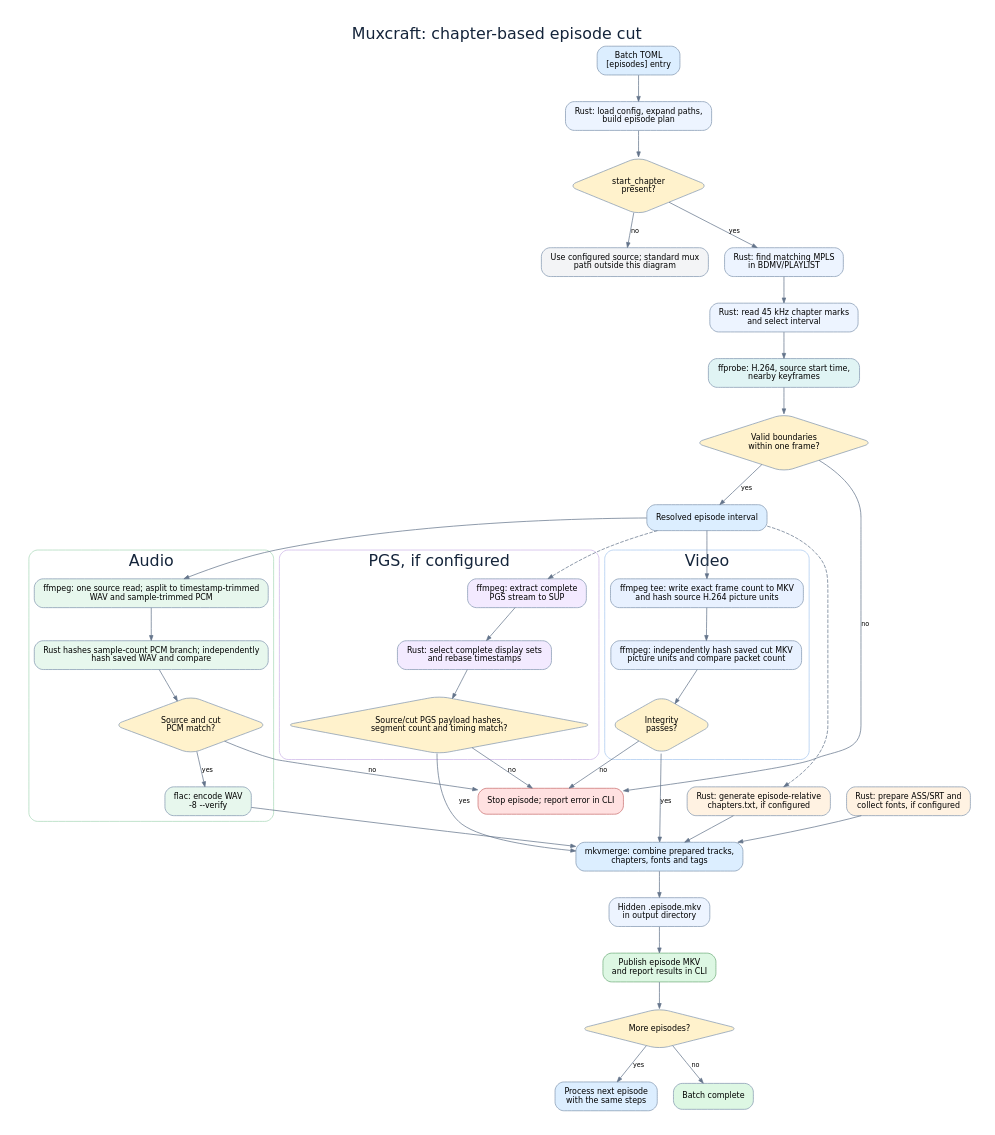
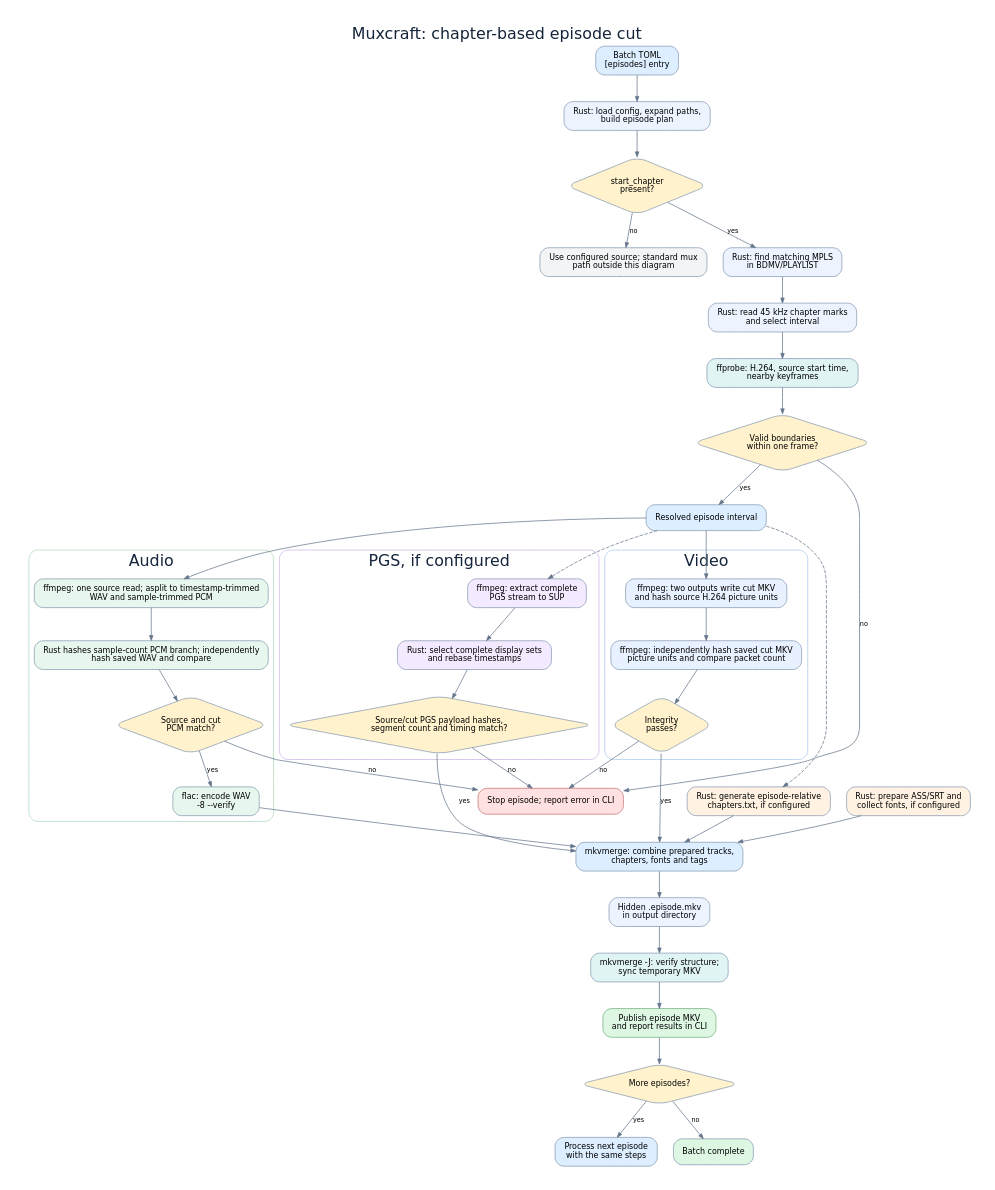
Before and after one commit to IncYami/muxcraft: the diagram in docs/chapter-cut-flow.dot, drawn with Graphviz. The commit also changed 17 other files, not shown here.

```diff
--- a/docs/chapter-cut-flow.dot
+++ b/docs/chapter-cut-flow.dot
@@ -1,71 +1,72 @@
 digraph ChapterCutFlow {
   graph [rankdir=TB, bgcolor="white", pad="0.35", nodesep="0.3", ranksep="0.48", fontname="DejaVu Sans", label="Muxcraft: chapter-based episode cut", labelloc=t, fontsize=22, fontcolor="#14243a"];
   node [shape=box, style="rounded,filled", fillcolor="#edf4ff", color="#8297b0", fontname="DejaVu Sans", fontsize=11, margin="0.17,0.11"];
   edge [color="#64748b", arrowsize=0.7, fontname="DejaVu Sans", fontsize=9];
 
   toml [label="Batch TOML\n[episodes] entry", fillcolor="#dceeff"];
   plan [label="Rust: load config, expand paths,\nbuild episode plan"];
   cut [shape=diamond, label="start_chapter\npresent?", fillcolor="#fff2cc"];
   no_cut [label="Use configured source; standard mux\npath outside this diagram", fillcolor="#f3f4f6"];
   discover [label="Rust: find matching MPLS\nin BDMV/PLAYLIST"];
   marks [label="Rust: read 45 kHz chapter marks\nand select interval"];
   probe [label="ffprobe: H.264, source start time,\nnearby keyframes", fillcolor="#e0f4f4"];
   bounds [shape=diamond, label="Valid boundaries\nwithin one frame?", fillcolor="#fff2cc"];
   interval [label="Resolved episode interval", fillcolor="#dceeff"];
   error [label="Stop episode; report error in CLI", fillcolor="#ffe1e1", color="#c76d6d"];
 
   subgraph cluster_video {
     label="Video"; color="#a8c8ef"; style="rounded"; fontname="DejaVu Sans";
-    video [label="ffmpeg tee: write exact frame count to MKV\nand hash source H.264 picture units", fillcolor="#e8f1ff"];
+    video [label="ffmpeg: two outputs write cut MKV\nand hash source H.264 picture units", fillcolor="#e8f1ff"];
     video_hash [label="ffmpeg: independently hash saved cut MKV\npicture units and compare packet count", fillcolor="#e8f1ff"];
     video_ok [shape=diamond, label="Integrity\npasses?", fillcolor="#fff2cc"];
     video -> video_hash -> video_ok;
   }
   subgraph cluster_audio {
     label="Audio"; color="#a9d8b8"; style="rounded"; fontname="DejaVu Sans";
     audio [label="ffmpeg: one source read; asplit to timestamp-trimmed\nWAV and sample-trimmed PCM", fillcolor="#e7f7ed"];
     audio_hash [label="Rust hashes sample-count PCM branch; independently\nhash saved WAV and compare", fillcolor="#e7f7ed"];
     audio_ok [shape=diamond, label="Source and cut\nPCM match?", fillcolor="#fff2cc"];
     flac [label="flac: encode WAV\n-8 --verify", fillcolor="#e7f7ed"];
     audio -> audio_hash -> audio_ok;
     audio_ok -> flac [label="yes"];
   }
   subgraph cluster_pgs {
     label="PGS, if configured"; color="#ccb4e8"; style="rounded"; fontname="DejaVu Sans";
     pgs [label="ffmpeg: extract complete\nPGS stream to SUP", fillcolor="#f3eaff"];
     pgs_cut [label="Rust: select complete display sets\nand rebase timestamps", fillcolor="#f3eaff"];
     pgs_hash [shape=diamond, label="Source/cut PGS payload hashes,\nsegment count and timing match?", fillcolor="#fff2cc"];
     pgs -> pgs_cut -> pgs_hash;
   }
   chapter [label="Rust: generate episode-relative\nchapters.txt, if configured", fillcolor="#fff2e2"];
   text [label="Rust: prepare ASS/SRT and\ncollect fonts, if configured", fillcolor="#fff2e2"];
   mux [label="mkvmerge: combine prepared tracks,\nchapters, fonts and tags", fillcolor="#dceeff"];
   partial [label="Hidden .episode.mkv\nin output directory"];
+  verify [label="mkvmerge -J: verify structure;\nsync temporary MKV", fillcolor="#e0f4f4"];
   output [label="Publish episode MKV\nand report results in CLI", fillcolor="#ddf7e3", color="#72ad7d"];
   next [shape=diamond, label="More episodes?", fillcolor="#fff2cc"];
   repeat [label="Process next episode\nwith the same steps", fillcolor="#dceeff"];
   done [label="Batch complete", fillcolor="#ddf7e3"];
 
   toml -> plan -> cut;
   cut -> no_cut [label="no"];
   cut -> discover [label="yes"];
   discover -> marks -> probe -> bounds;
   bounds -> error [label="no"];
   bounds -> interval [label="yes"];
   interval -> video;
   interval -> audio;
   interval -> pgs [style=dashed];
   interval -> chapter [style=dashed];
   video_ok -> error [label="no"];
   audio_ok -> error [label="no"];
   video_ok -> mux [label="yes"];
   flac -> mux;
   pgs_hash -> error [label="no"];
   pgs_hash -> mux [label="yes"];
   chapter -> mux;
   text -> mux;
-  mux -> partial -> output;
+  mux -> partial -> verify -> output;
   output -> next;
   next -> done [label="no"];
   next -> repeat [label="yes"];
 }
```
